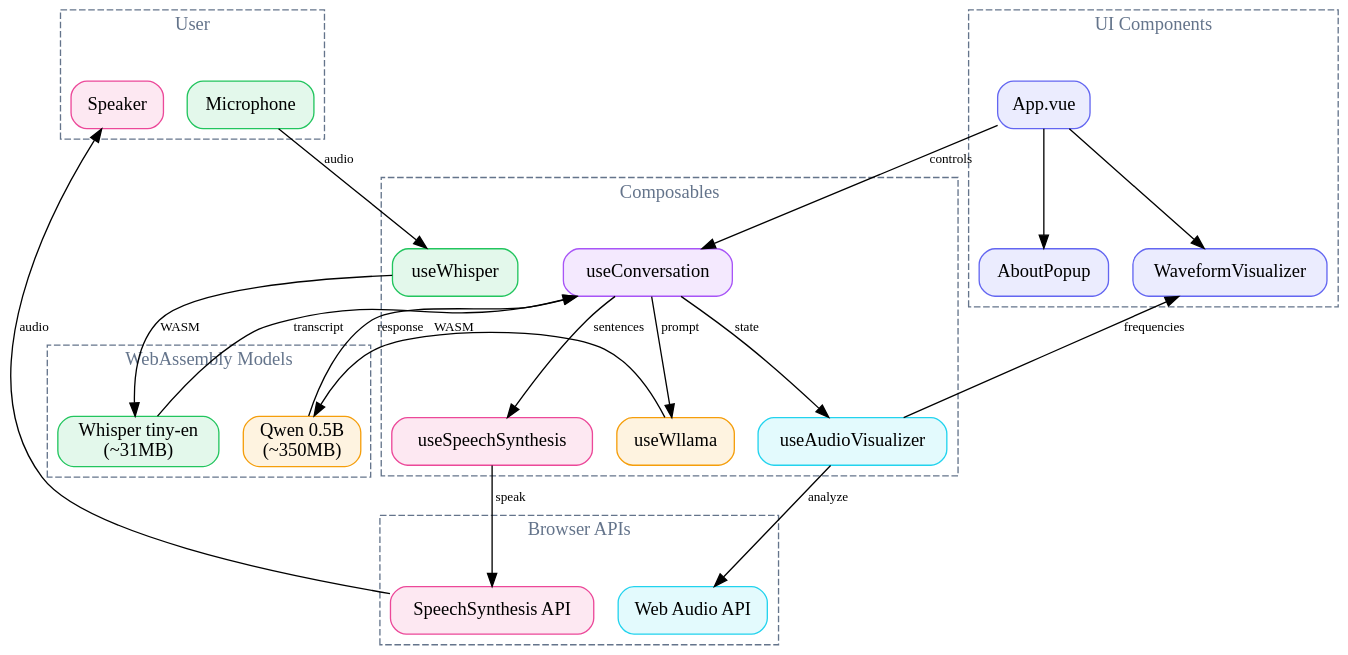
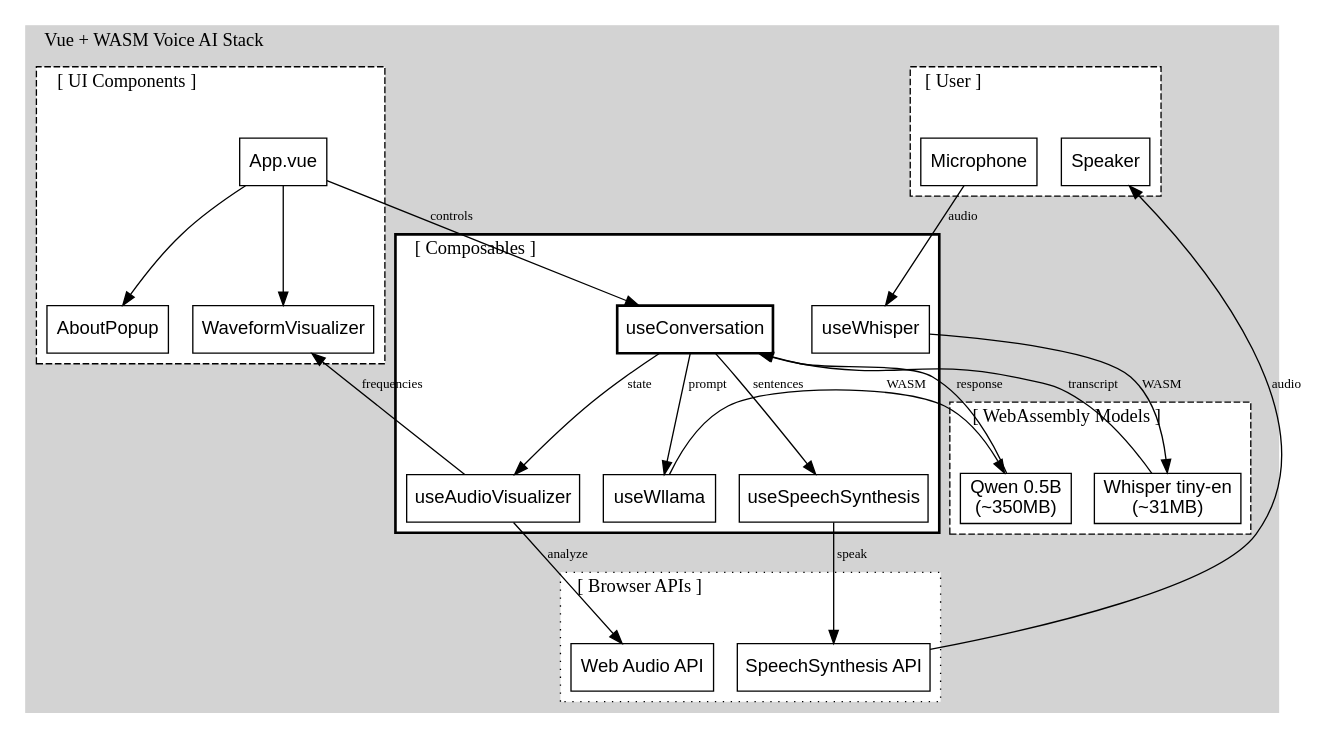
Before and after one commit to muthuspark/ava: the diagram in docs/architecture.dot, drawn with Graphviz. The commit also changed 12 other files, not shown here.

```diff
--- a/docs/architecture.dot
+++ b/docs/architecture.dot
@@ -1,88 +1,93 @@
 digraph Ava {
     rankdir=TB
-    node [shape=box, style="rounded,filled", fontname="JetBrains Mono"]
-    edge [fontname="JetBrains Mono", fontsize=10]
+    fontname="JetBrains Mono, Courier New, monospace"
+    compound=true
+    
+    // Global Styles
+    node [shape=box, style="bold", fontname="Helvetica,Arial,sans-serif", color=black, fillcolor=white]
+    edge [fontname="JetBrains Mono", fontsize=10, color=black]
+    graph [bgcolor=white, fontname="JetBrains Mono", labeljust="l"]
 
-    // Styling
-    graph [bgcolor="transparent", fontname="JetBrains Mono"]
 
-    // User layer
-    subgraph cluster_user {
-        label="User"
-        style=dashed
-        color="#64748b"
-        fontcolor="#64748b"
-
-        mic [label="Microphone", fillcolor="#22c55e20", color="#22c55e"]
-        speaker [label="Speaker", fillcolor="#ec489920", color="#ec4899"]
+    subgraph cluster_browser {
+        label = "Vue + WASM Voice AI Stack";
+        style=filled;
+        color=lightgrey;
+        node [style=filled, fillcolor=white];
+        // User layer
+        subgraph cluster_user {
+            label="[ User ]"
+            style=dashed
+            color=black
+            
+            mic [label="Microphone"]
+            speaker [label="Speaker"]
+        }
+    
+        // UI layer
+        subgraph cluster_ui {
+            label="[ UI Components ]"
+            style=dashed
+            color=black
+    
+            app [label="App.vue"]
+            visualizer [label="WaveformVisualizer"]
+            about [label="AboutPopup"]
+        }
+    
+        // Composables layer
+        subgraph cluster_composables {
+            label="[ Composables ]"
+            style=solid
+            penwidth=2
+            color=black
+    
+            conversation [label="useConversation", penwidth=2]
+            whisper [label="useWhisper"]
+            wllama [label="useWllama"]
+            tts [label="useSpeechSynthesis"]
+            audioViz [label="useAudioVisualizer"]
+        }
+    
+        // WASM layer
+        subgraph cluster_wasm {
+            label="[ WebAssembly Models ]"
+            style=dashed
+            color=black
+    
+            whisperModel [label="Whisper tiny-en\n(~31MB)"]
+            qwenModel [label="Qwen 0.5B\n(~350MB)"]
+        }
+    
+        // Browser API
+        subgraph cluster_browser {
+            label="[ Browser APIs ]"
+            style=dotted
+            color=black
+    
+            webAudio [label="Web Audio API"]
+            speechSynth [label="SpeechSynthesis API"]
+        }
+        
     }
-
-    // UI layer
-    subgraph cluster_ui {
-        label="UI Components"
-        style=dashed
-        color="#64748b"
-        fontcolor="#64748b"
-
-        app [label="App.vue", fillcolor="#6366f120", color="#6366f1"]
-        visualizer [label="WaveformVisualizer", fillcolor="#6366f120", color="#6366f1"]
-        about [label="AboutPopup", fillcolor="#6366f120", color="#6366f1"]
-    }
-
-    // Composables layer
-    subgraph cluster_composables {
-        label="Composables"
-        style=dashed
-        color="#64748b"
-        fontcolor="#64748b"
-
-        conversation [label="useConversation", fillcolor="#a855f720", color="#a855f7"]
-        whisper [label="useWhisper", fillcolor="#22c55e20", color="#22c55e"]
-        wllama [label="useWllama", fillcolor="#f59e0b20", color="#f59e0b"]
-        tts [label="useSpeechSynthesis", fillcolor="#ec489920", color="#ec4899"]
-        audioViz [label="useAudioVisualizer", fillcolor="#22d3ee20", color="#22d3ee"]
-    }
-
-    // WASM layer
-    subgraph cluster_wasm {
-        label="WebAssembly Models"
-        style=dashed
-        color="#64748b"
-        fontcolor="#64748b"
-
-        whisperModel [label="Whisper tiny-en\n(~31MB)", fillcolor="#22c55e20", color="#22c55e"]
-        qwenModel [label="Qwen 0.5B\n(~350MB)", fillcolor="#f59e0b20", color="#f59e0b"]
-    }
-
-    // Browser API
-    subgraph cluster_browser {
-        label="Browser APIs"
-        style=dashed
-        color="#64748b"
-        fontcolor="#64748b"
-
-        webAudio [label="Web Audio API", fillcolor="#22d3ee20", color="#22d3ee"]
-        speechSynth [label="SpeechSynthesis API", fillcolor="#ec489920", color="#ec4899"]
-    }
-
     // Data flow
     mic -> whisper [label="audio"]
     whisper -> whisperModel [label="WASM"]
     whisperModel -> conversation [label="transcript"]
 
     conversation -> wllama [label="prompt"]
     wllama -> qwenModel [label="WASM"]
     qwenModel -> conversation [label="response"]
 
     conversation -> tts [label="sentences"]
     tts -> speechSynth [label="speak"]
     speechSynth -> speaker [label="audio"]
 
     conversation -> audioViz [label="state"]
     audioViz -> webAudio [label="analyze"]
     audioViz -> visualizer [label="frequencies"]
 
     app -> conversation [label="controls"]
     app -> visualizer
     app -> about
 }
```
